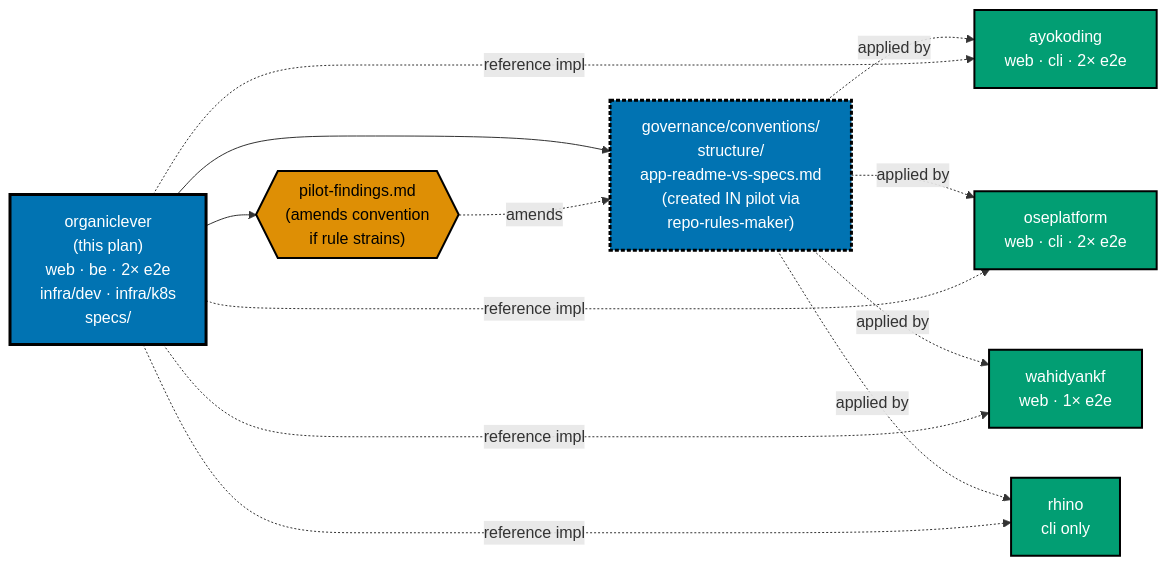
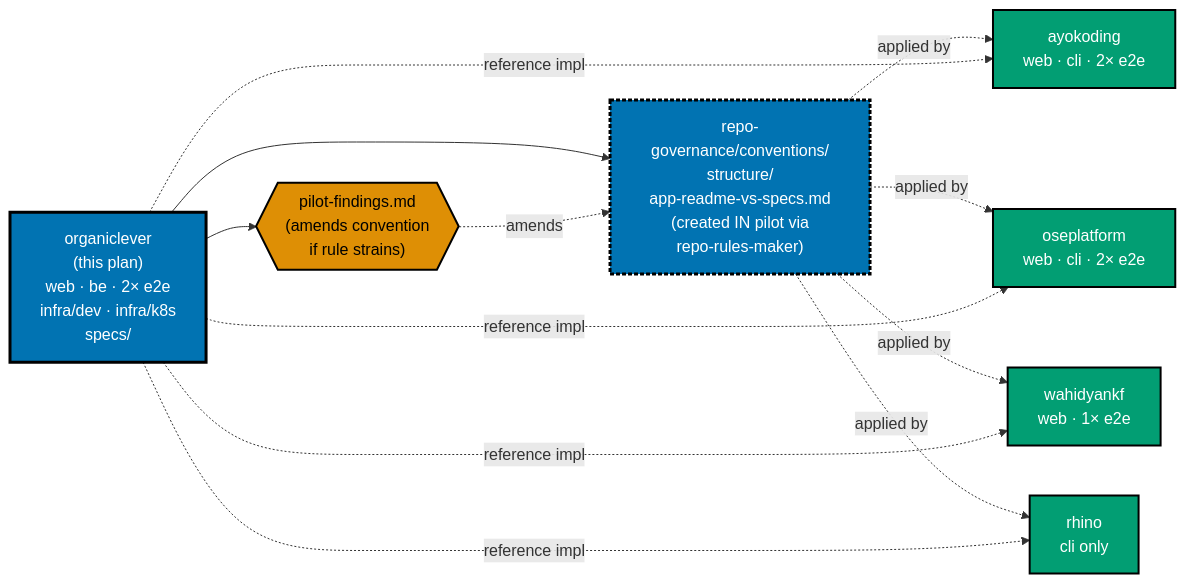
Before and after one commit to wahidyankf/open-sharia-enterprise: the diagram in plans/done/2026-05-09__organiclever-specs-standardization/README.md, drawn with Mermaid. The commit also changed other lines of this file and 842 other files, not shown here.

First line of the commit message:
refactor(governance): rename governance/ to repo-governance/

````diff
--- a/plans/done/2026-05-09__organiclever-specs-standardization/README.md
+++ b/plans/done/2026-05-09__organiclever-specs-standardization/README.md
@@ -68,31 +68,31 @@
 ```mermaid
 %% Color palette: Blue #0173B2 | Teal #029E73 | Orange #DE8F05 | Gray #808080
 flowchart LR
     Pilot["organiclever<br/>(this plan)<br/>web · be · 2× e2e<br/>infra/dev · infra/k8s<br/>specs/"]:::pilot
 
-    Convention["governance/conventions/<br/>structure/<br/>app-readme-vs-specs.md<br/>(created IN pilot via<br/>repo-rules-maker)"]:::convention
+    Convention["repo-governance/conventions/<br/>structure/<br/>app-readme-vs-specs.md<br/>(created IN pilot via<br/>repo-rules-maker)"]:::convention
 
     Findings{{"pilot-findings.md<br/>(amends convention<br/>if rule strains)"}}:::findings
 
     Roll1["ayokoding<br/>web · cli · 2× e2e"]:::rollout
     Roll2["oseplatform<br/>web · cli · 2× e2e"]:::rollout
     Roll3["wahidyankf<br/>web · 1× e2e"]:::rollout
     Roll4["rhino<br/>cli only"]:::rollout
 
     Pilot --> Convention
     Pilot --> Findings
     Findings -.->|amends| Convention
     Convention -.->|applied by| Roll1
     Convention -.->|applied by| Roll2
     Convention -.->|applied by| Roll3
     Convention -.->|applied by| Roll4
     Pilot -.->|reference impl| Roll1
     Pilot -.->|reference impl| Roll2
     Pilot -.->|reference impl| Roll3
     Pilot -.->|reference impl| Roll4
 
     classDef pilot fill:#0173B2,stroke:#000,color:#FFF,stroke-width:3px
     classDef convention fill:#0173B2,stroke:#000,color:#FFF,stroke-width:3px,stroke-dasharray:4 2
     classDef rollout fill:#029E73,stroke:#000,color:#FFF,stroke-width:2px
     classDef findings fill:#DE8F05,stroke:#000,color:#000,stroke-width:2px
 ```
````
